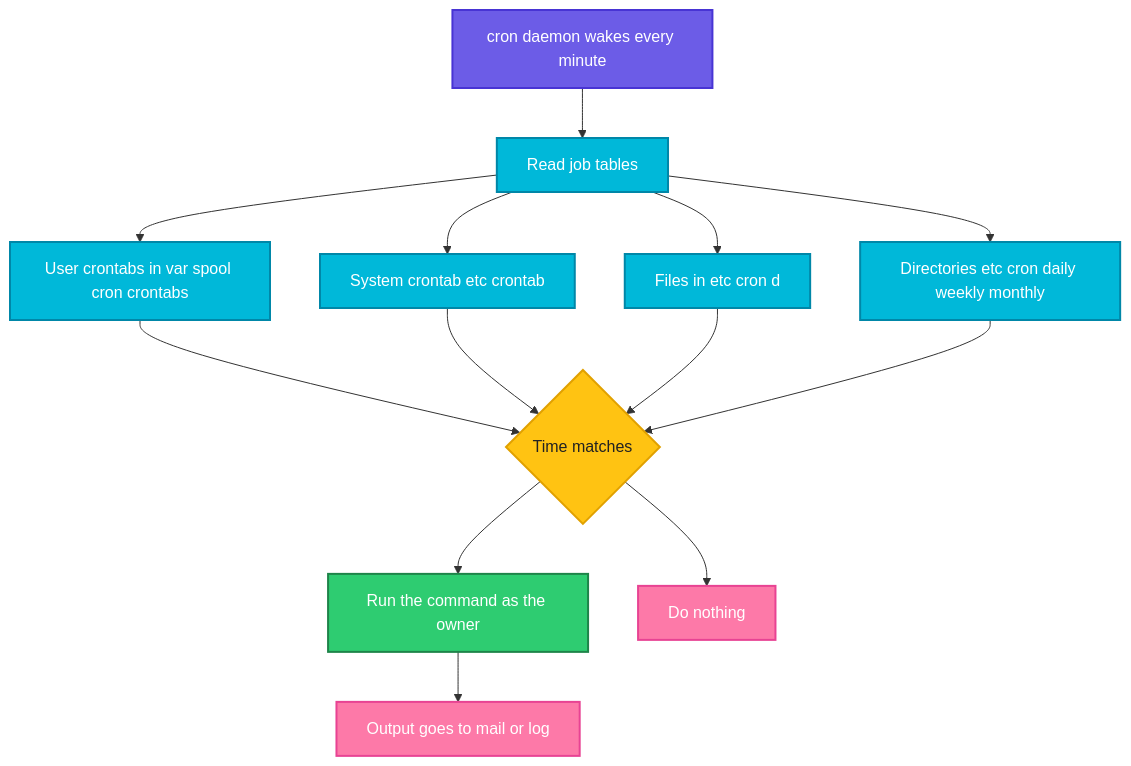
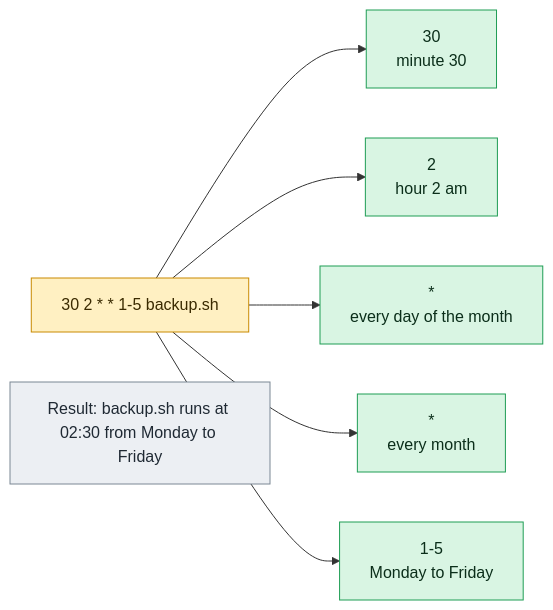
The diagram in linux/scheduling/cron.md (codeKerdosTech/DevOps-Documentation), drawn with Mermaid before and after one commit. The commit also changed other lines of this file and 165 other files, not shown here.

Commit message:
updated diagrams in linux

````diff
--- a/linux/scheduling/cron.md
+++ b/linux/scheduling/cron.md
@@ -22,25 +22,17 @@
 ```mermaid
-flowchart TD
-    A[cron daemon wakes every minute] --> B[Read job tables]
-    B --> C[User crontabs in var spool cron crontabs]
-    B --> D[System crontab etc crontab]
-    B --> E[Files in etc cron d]
-    B --> F[Directories etc cron daily weekly monthly]
-    C --> G{Time matches}
-    D --> G
-    E --> G
-    F --> G
-    G --> H[Run the command as the owner]
-    G --> I[Do nothing]
-    H --> J[Output goes to mail or log]
-    classDef start fill:#6C5CE7,stroke:#4834D4,stroke-width:2px,color:#fff
-    classDef proc fill:#00B8D9,stroke:#0087A8,stroke-width:2px,color:#fff
-    classDef dec fill:#FFC312,stroke:#E1A100,stroke-width:2px,color:#222
-    classDef ok fill:#2ECC71,stroke:#1E8449,stroke-width:2px,color:#fff
-    classDef out fill:#FD79A8,stroke:#E84393,stroke-width:2px,color:#fff
-    class A start
-    class B,C,D,E,F proc
-    class G dec
-    class H ok
-    class I,J out
+flowchart LR
+    c1[30 2 * * 1-5 backup.sh] --> o1[30<br/>minute 30]
+    c1 --> o2[2<br/>hour 2 am]
+    c1 --> o3[*<br/>every day of the month]
+    c1 --> o4[*<br/>every month]
+    c1 --> o5[1-5<br/>Monday to Friday]
+    n1[Result: backup.sh runs at 02:30 from Monday to Friday]
+    classDef inp fill:#DCEBFF,stroke:#2F6FDE,color:#10213F
+    classDef cmd fill:#FFF0C2,stroke:#C98A00,color:#3A2A00
+    classDef out fill:#D9F5E3,stroke:#1F9D55,color:#0B2E1A
+    classDef bad fill:#FDE0E0,stroke:#D13B3B,color:#4A0F0F
+    classDef note fill:#ECEFF3,stroke:#7B8794,color:#1F2933
+    class c1 cmd
+    class o1,o2,o3,o4,o5 out
+    class n1 note
 ```
````
